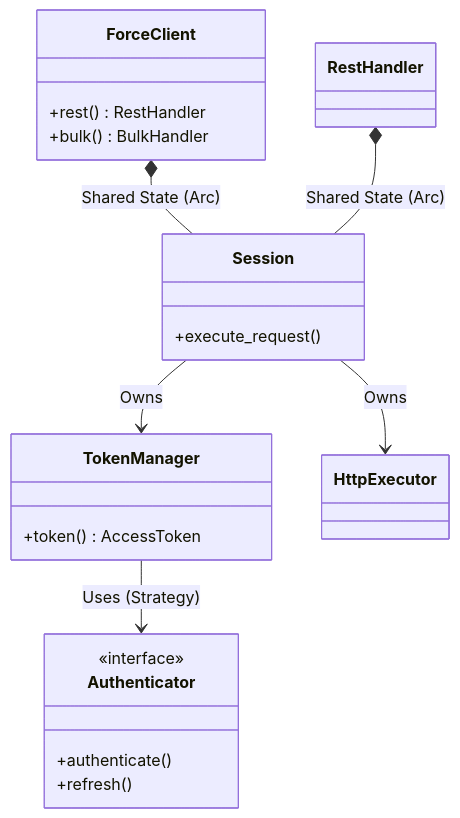
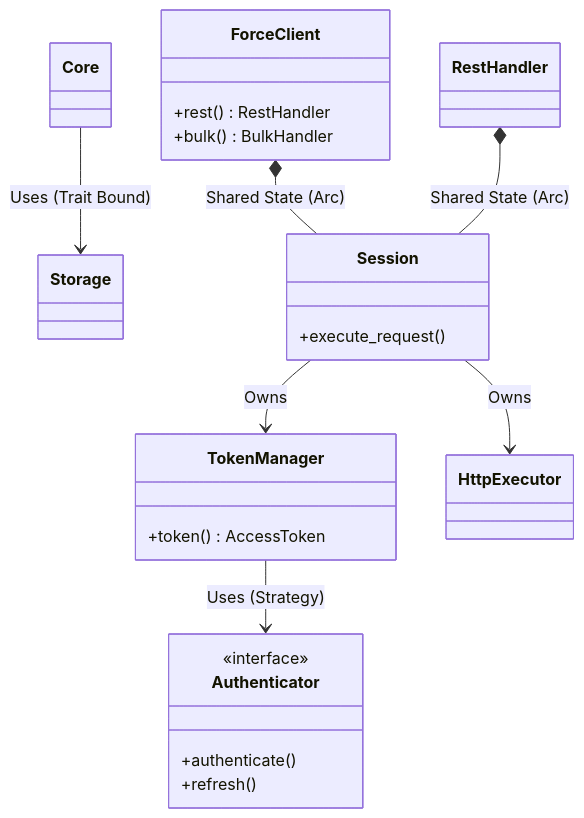
One commit to madmax983/force-rs changed the third of 7 diagrams in docs/architecture.md. Above: the diagram before and after it, drawn with Mermaid. The commit also changed 1 other file, not shown here.

Commit message:
📜 Codex: ADR 017 & Architecture Diagram Update
🧠 **Decision:** Recorded the move to decouple the persistence logic to a dedicated crate to break circular dependencies.
🗺️ **Visuals:** Updated C4 Component diagram to show new `Core` and `Storage` boundaries and relationships.
🔗 **Link:** See `docs/adr/017-decouple-storage.md`.

````diff
--- a/docs/architecture.md
+++ b/docs/architecture.md
@@ -49,25 +49,29 @@
 ```mermaid
 classDiagram
+  class Core
+  class Storage
+  Core --> Storage : Uses (Trait Bound)
+
   class ForceClient {
     +rest() RestHandler
     +bulk() BulkHandler
   }
   class Session {
     +execute_request()
   }
   class TokenManager {
     +token() AccessToken
   }
   class Authenticator {
     <<interface>>
     +authenticate()
     +refresh()
   }
   class RestHandler
 
   ForceClient *-- Session : Shared State (Arc)
   RestHandler *-- Session : Shared State (Arc)
   Session --> TokenManager : Owns
   Session --> HttpExecutor : Owns
   TokenManager --> Authenticator : Uses (Strategy)
 ```
````
